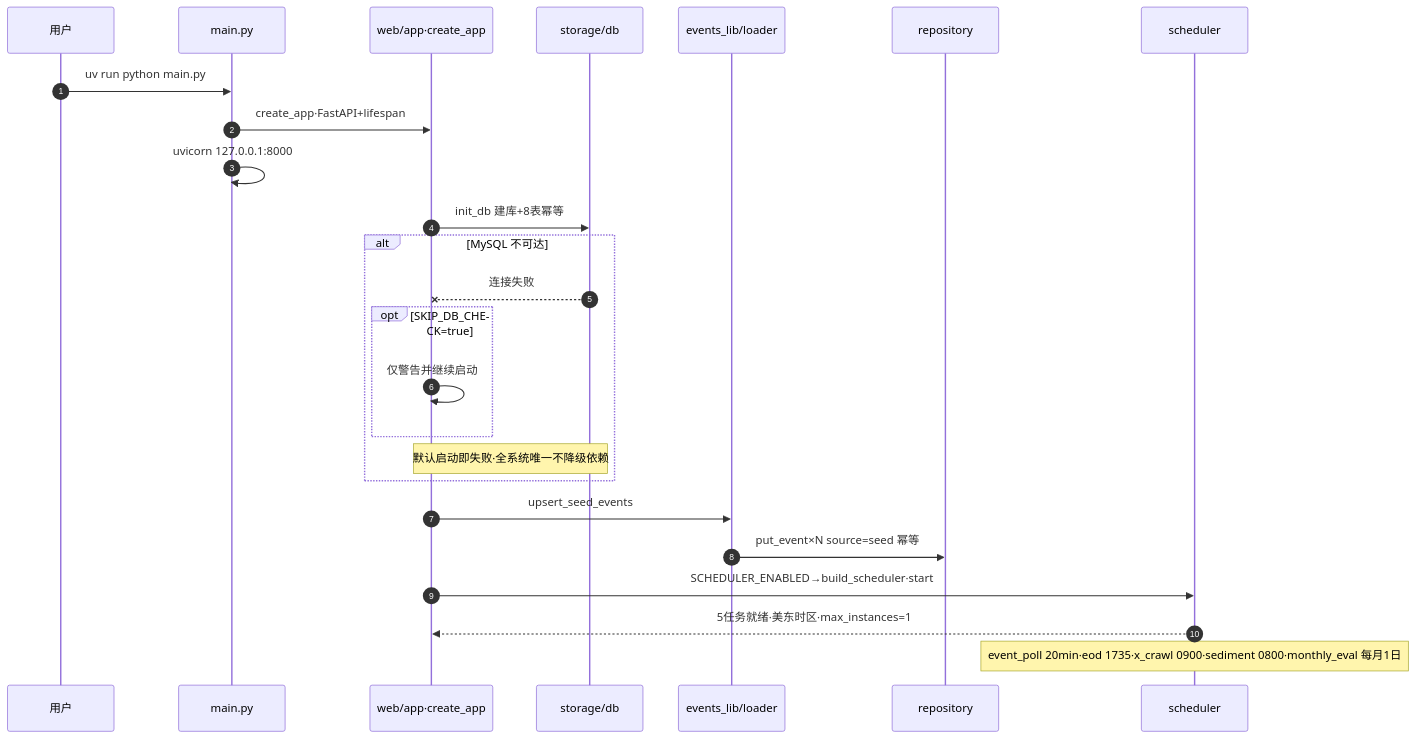
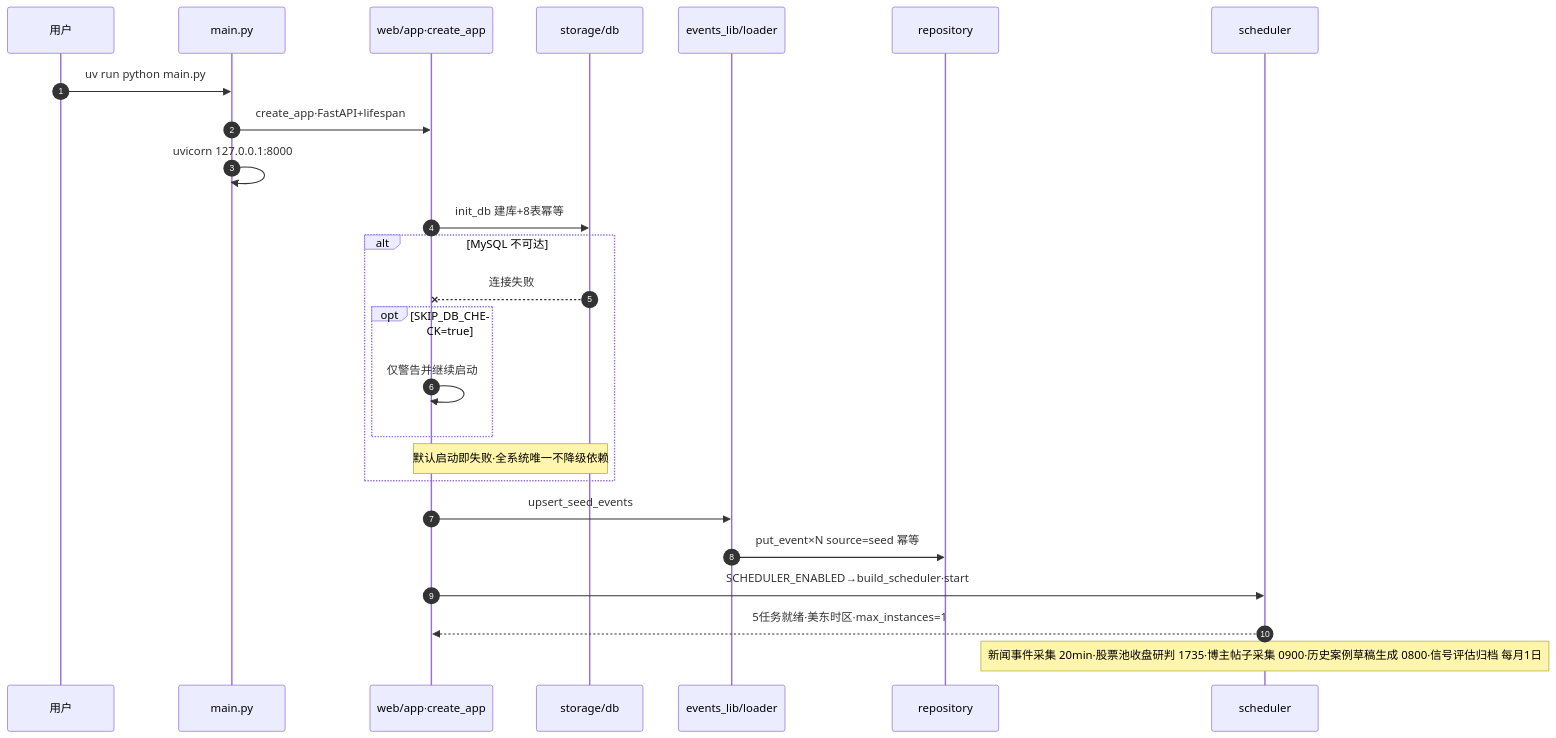
The seventh of 10 diagrams in docs/14-technical-implementation.md (zhaizhui1993/ai-ticker-copilot), drawn with Mermaid before and after one commit. The commit also changed other lines of this file and 2 other files, not shown here.

````diff
--- a/docs/14-technical-implementation.md
+++ b/docs/14-technical-implementation.md
@@ -300,28 +300,28 @@
 ```mermaid
 sequenceDiagram
     autonumber
     participant U as 用户
     participant M as main.py
     participant A as web/app·create_app
     participant DB as storage/db
     participant L as events_lib/loader
     participant R as repository
     participant S as scheduler
 
     U->>M: uv run python main.py
     M->>A: create_app·FastAPI+lifespan
     M->>M: uvicorn 127.0.0.1:8000
     A->>DB: init_db 建库+8表幂等
     alt MySQL 不可达
         DB--xA: 连接失败
         opt SKIP_DB_CHECK=true
             A->>A: 仅警告并继续启动
         end
         Note over A,DB: 默认启动即失败·全系统唯一不降级依赖
     end
     A->>L: upsert_seed_events
     L->>R: put_event×N source=seed 幂等
     A->>S: SCHEDULER_ENABLED→build_scheduler·start
     S-->>A: 5任务就绪·美东时区·max_instances=1
-    Note over S: event_poll 20min·eod 1735·x_crawl 0900·sediment 0800·monthly_eval 每月1日
+    Note over S: 新闻事件采集 20min·股票池收盘研判 1735·博主帖子采集 0900·历史案例草稿生成 0800·信号评估归档 每月1日
 ```
````
